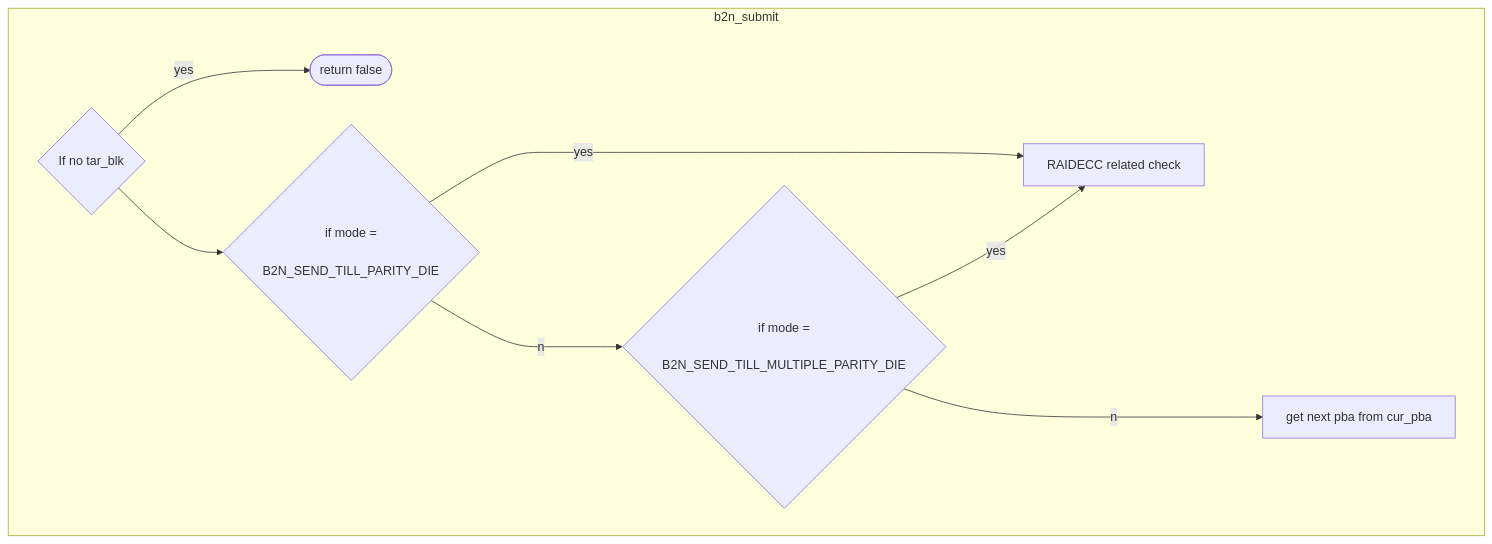
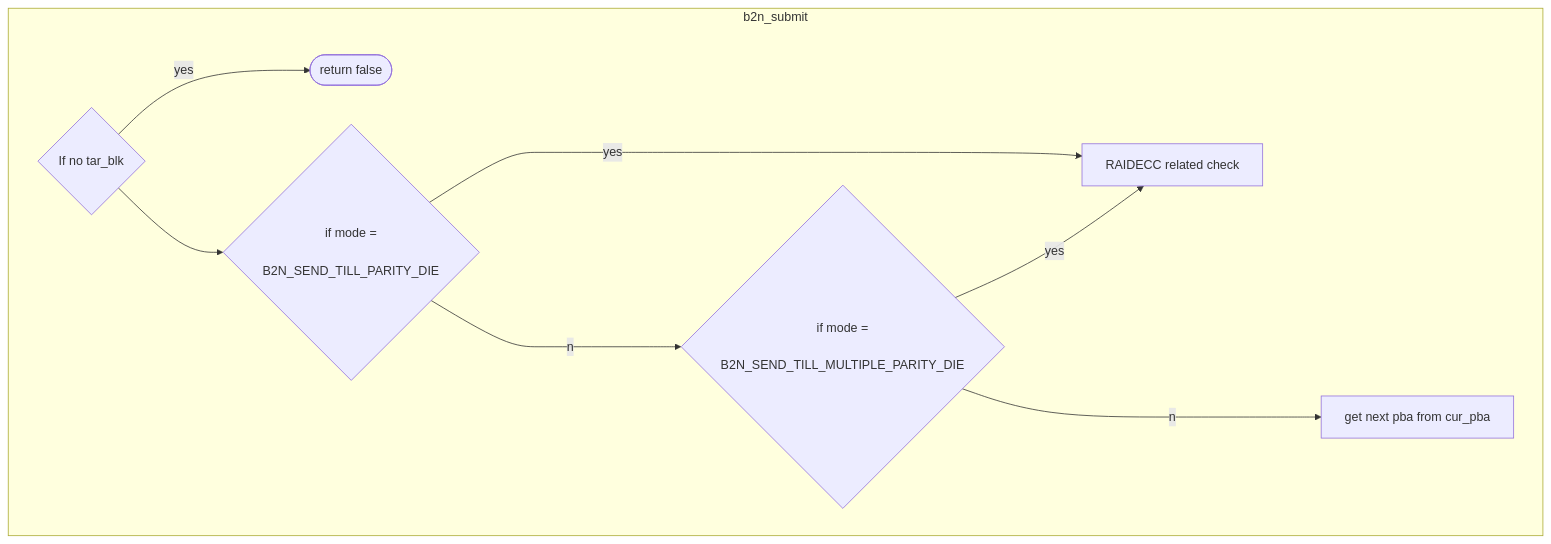
One commit to jenny112646/iodraw-files changed the diagram in all/未命名-2.md. Above: the diagram before and after it, drawn with Mermaid.

Commit message:
2024-06-07 10:54:15 update

````diff
--- a/all/未命名-2.md
+++ b/all/未命名-2.md
@@ -1,14 +1,14 @@
 ```mermaid
 flowchart TD
 subgraph b2n_submit
-
+    direction LR
     c1{"If no tar_blk"} --yes--> c2([return false])
     c1 --> c3{"if mode =
     B2N_SEND_TILL_PARITY_DIE"}
     c3 --yes--> c4["RAIDECC related check"]
-    c3 --no--> c5{"if mode =
+    c3 --no---> c5{"if mode =
     B2N_SEND_TILL_MULTIPLE_PARITY_DIE"}
     c5 --yes--> c4["RAIDECC related check"]
     c5 --no--> c6["get next pba from cur_pba"]
 end
 ```
````
